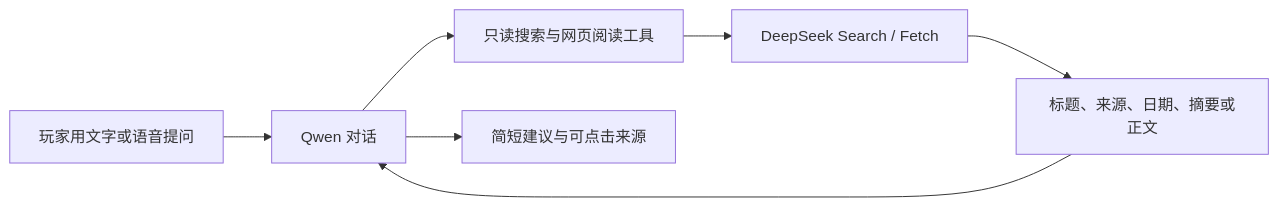
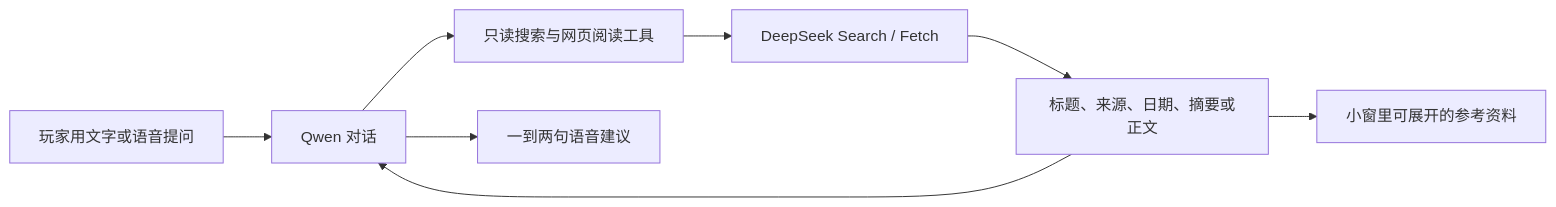
One commit to kono-dada/BoxAgent changed the diagram in docs/web-research.md. Above: the diagram before and after it, drawn with Mermaid. The commit also changed other lines of this file and 22 other files, not shown here.

````diff
--- a/docs/web-research.md
+++ b/docs/web-research.md
@@ -19,9 +19,10 @@
 ```mermaid
 flowchart LR
   A[玩家用文字或语音提问] --> B[Qwen 对话]
   B --> C[只读搜索与网页阅读工具]
   C --> D[DeepSeek Search / Fetch]
   D --> E[标题、来源、日期、摘要或正文]
   E --> B
-  B --> F[简短建议与可点击来源]
+  B --> F[一到两句语音建议]
+  E --> G[小窗里可展开的参考资料]
 ```
````
